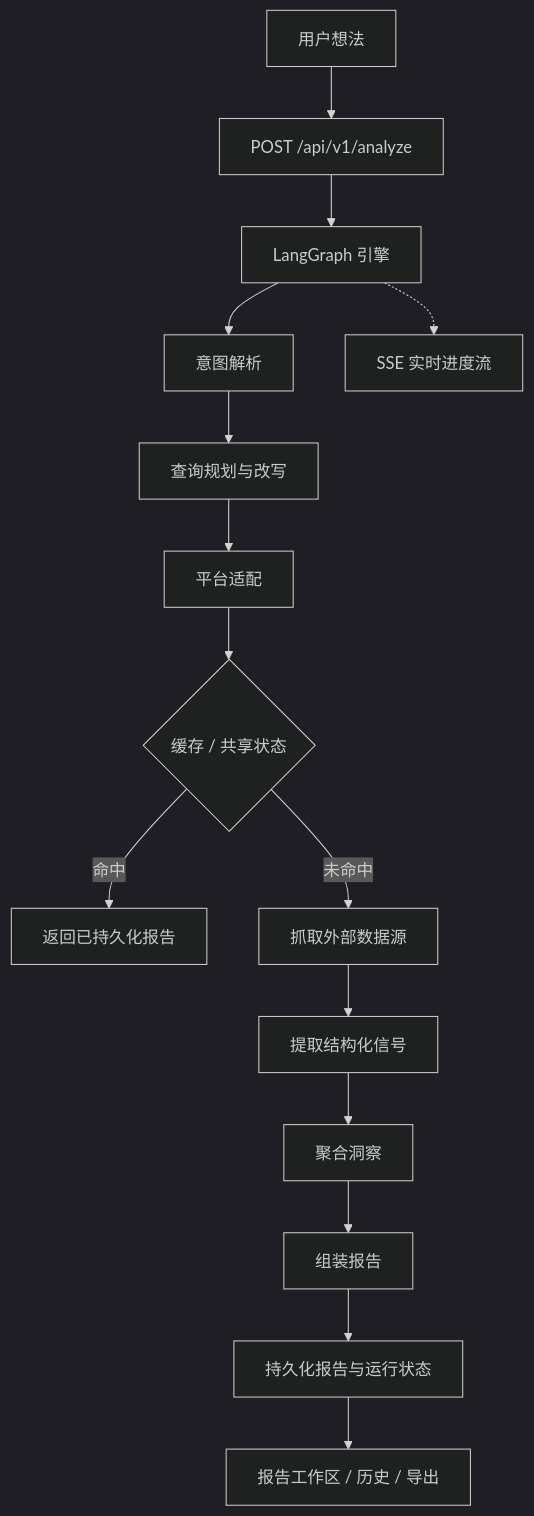
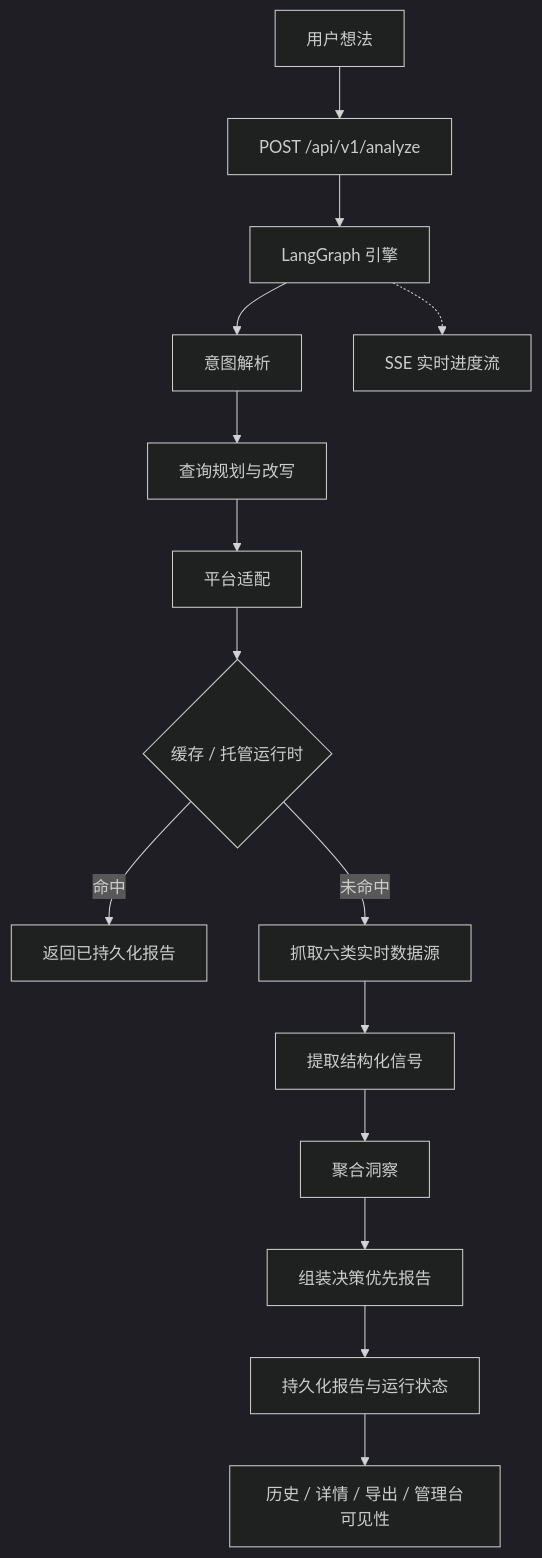
The diagram in README_CN.md (Tendo33/IdeaGo), drawn with Mermaid (dark theme) before and after one commit. The commit also changed other lines of this file and 12 other files, not shown here.

````diff
--- a/README_CN.md
+++ b/README_CN.md
@@ -193,17 +236,17 @@
 ```mermaid
 flowchart TD
     A["用户想法"] --> B["POST /api/v1/analyze"]
     B --> C["LangGraph 引擎"]
     C --> D["意图解析"]
     D --> E["查询规划与改写"]
     E --> F["平台适配"]
-    F --> G{"缓存 / 共享状态"}
+    F --> G{"缓存 / 托管运行时"}
     G -->|命中| H["返回已持久化报告"]
-    G -->|未命中| I["抓取外部数据源"]
+    G -->|未命中| I["抓取六类实时数据源"]
     I --> J["提取结构化信号"]
     J --> K["聚合洞察"]
-    K --> L["组装报告"]
+    K --> L["组装决策优先报告"]
     L --> M["持久化报告与运行状态"]
-    M --> N["报告工作区 / 历史 / 导出"]
+    M --> N["历史 / 详情 / 导出 / 管理台可见性"]
     C -.-> O["SSE 实时进度流"]
 ```
````
